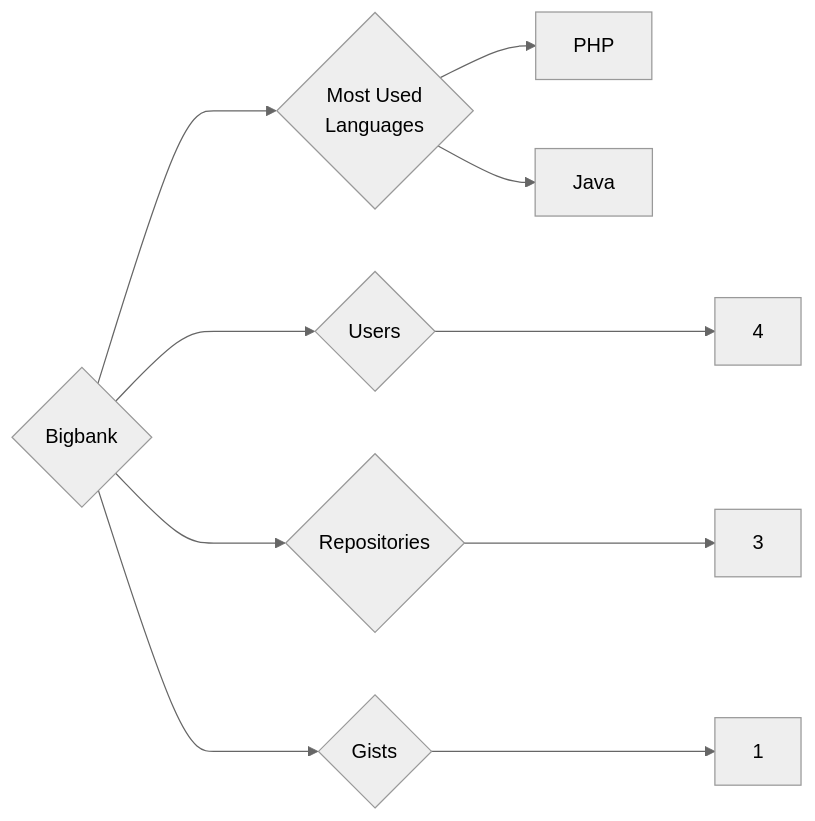
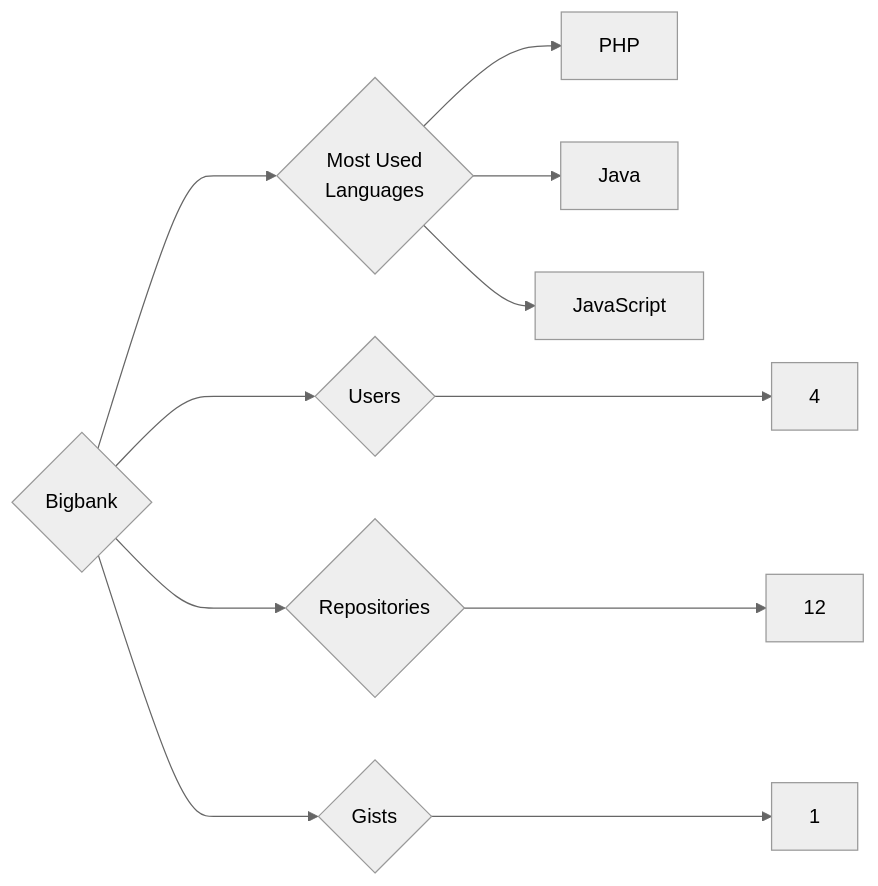
Before and after one commit to trickest/insiders: the diagram in targets/Bigbank/README.md, drawn with Mermaid (neutral theme). The commit also changed 859 other files, not shown here.

````diff
--- a/targets/Bigbank/README.md
+++ b/targets/Bigbank/README.md
@@ -3,10 +3,11 @@
 ```mermaid
 graph LR
 COMPANY_NAME{Bigbank}
 COMPANY_NAME ---> U{Users} ---> UN[4]
-COMPANY_NAME ---> R{Repositories} ---> RN[3]
+COMPANY_NAME ---> R{Repositories} ---> RN[12]
 COMPANY_NAME ---> G{Gists} ---> GN[1]
 COMPANY_NAME ---> ML{Most Used<br>Languages}
 ML --> PHP[PHP]
 ML --> Java[Java]
+ML --> JavaScript[JavaScript]
 ```
````
